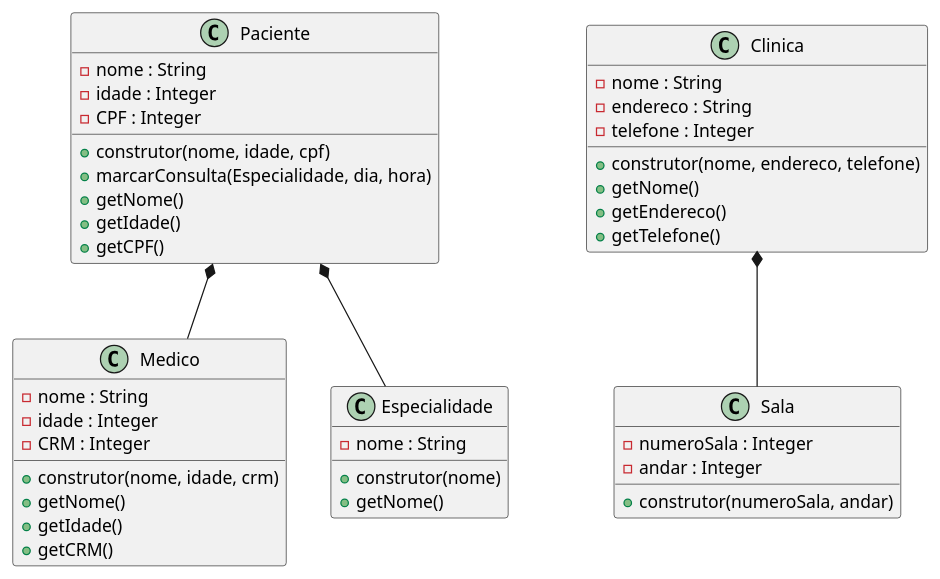
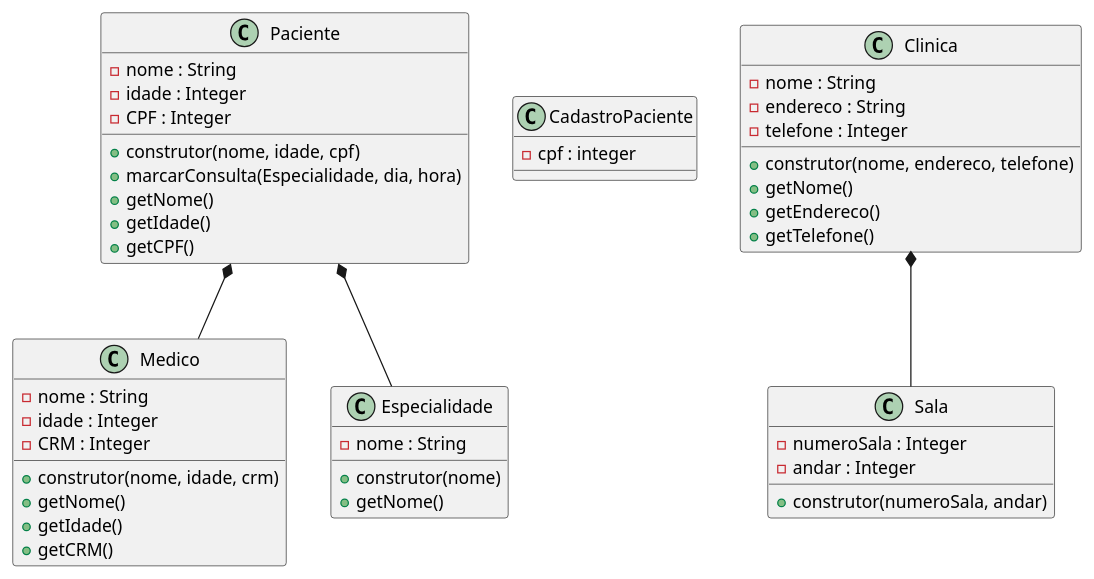
The diagram in diagrama.plantuml (anleaes/2022-1-N2-POO-03), drawn with PlantUML before and after one commit.

Commit message:
criado classe CadastroPaciente com atributo cpf

```diff
--- a/diagrama.plantuml
+++ b/diagrama.plantuml
@@ -1,51 +1,55 @@
 @startuml Gerenciamento de Exames Medicos
 
     class Paciente{
         - nome : String
         - idade : Integer
         - CPF : Integer
         + construtor(nome, idade, cpf)
         + marcarConsulta(Especialidade, dia, hora)
         + getNome()
         + getIdade()
         + getCPF()
+    }
+
+    class CadastroPaciente{
+        - cpf : integer
     }
 
     class Medico{
         - nome : String
         - idade : Integer
         - CRM : Integer
         + construtor(nome, idade, crm)
         + getNome()
         + getIdade()
         + getCRM()
     }
 
     class Especialidade{
         - nome : String
         + construtor(nome)
         + getNome()
     }
 
     class Clinica{
         - nome : String
         - endereco : String
         - telefone : Integer
         + construtor(nome, endereco, telefone)
         + getNome()
         + getEndereco()
         + getTelefone()
     }
 
     class Sala{
         - numeroSala : Integer
         - andar : Integer
         + construtor(numeroSala, andar)
     }
 
     Paciente *-- Medico
     Paciente *-- Especialidade
 
     Clinica *-- Sala
 
 @enduml
```
